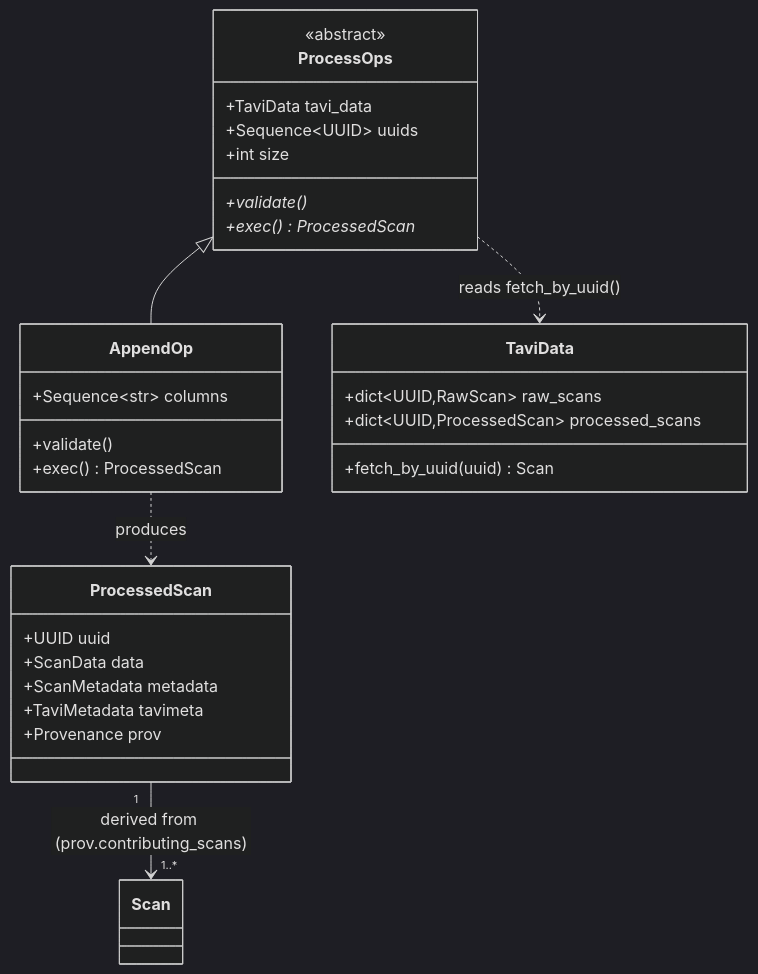
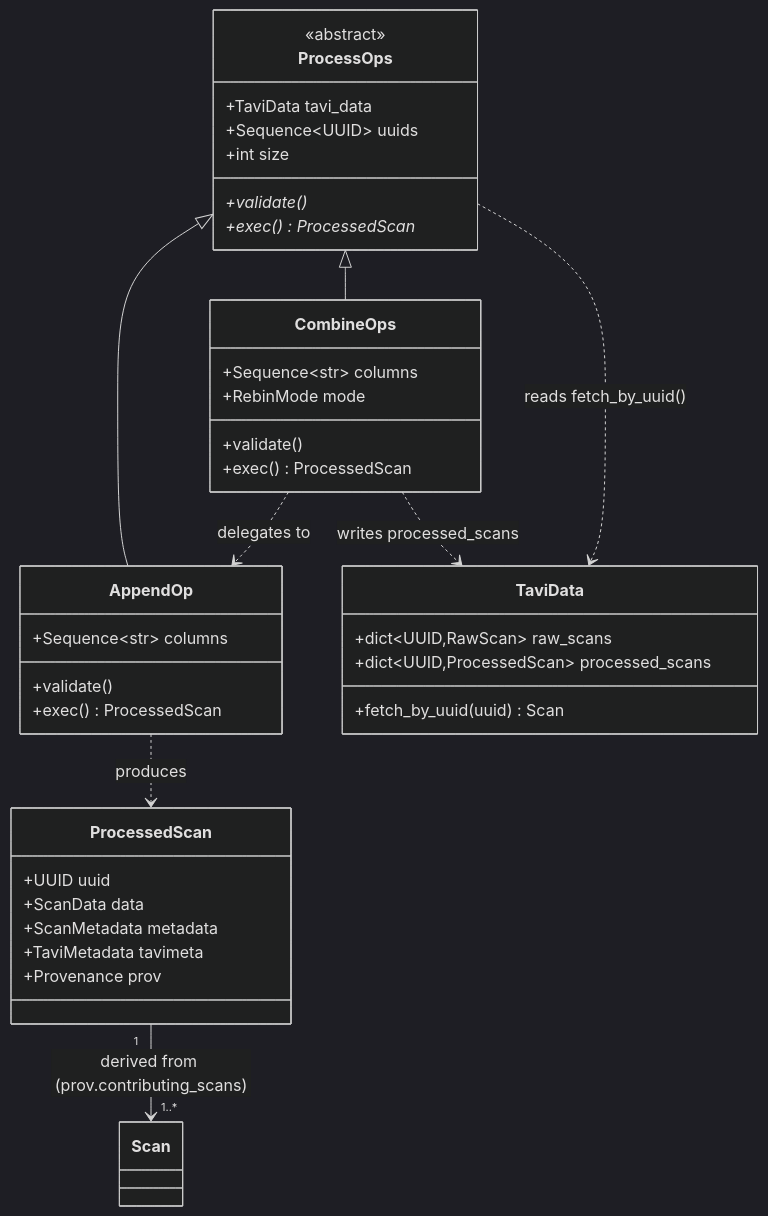
The diagram in docs/source/design/process_data.rst (neutrons/TAVI), drawn with Mermaid (dark theme) before and after one commit. The commit also changed other lines of this file and 2 other files, not shown here.

First line of the commit message:
create combine data using pre-implemented algos (#141)

```diff
--- a/docs/source/design/process_data.rst
+++ b/docs/source/design/process_data.rst
@@ -41,32 +44,41 @@
 .. mermaid::
 
     classDiagram
         class ProcessOps {
             <<abstract>>
             +TaviData tavi_data
             +Sequence~UUID~ uuids
             +int size
             +validate()*
             +exec()* ProcessedScan
         }
         class AppendOp {
             +Sequence~str~ columns
             +validate()
             +exec() ProcessedScan
         }
         class TaviData {
             +dict~UUID,RawScan~ raw_scans
             +dict~UUID,ProcessedScan~ processed_scans
             +fetch_by_uuid(uuid) Scan
         }
         class ProcessedScan {
             +UUID uuid
             +ScanData data
             +ScanMetadata metadata
             +TaviMetadata tavimeta
             +Provenance prov
         }
+        class CombineOps {
+            +Sequence~str~ columns
+            +RebinMode mode
+            +validate()
+            +exec() ProcessedScan
+        }
         ProcessOps <|-- AppendOp
+        ProcessOps <|-- CombineOps
         ProcessOps ..> TaviData : reads fetch_by_uuid()
         AppendOp ..> ProcessedScan : produces
+        CombineOps ..> AppendOp : delegates to
+        CombineOps ..> TaviData : writes processed_scans
         ProcessedScan "1" --> "1..*" Scan : derived from (prov.contributing_scans)
```
